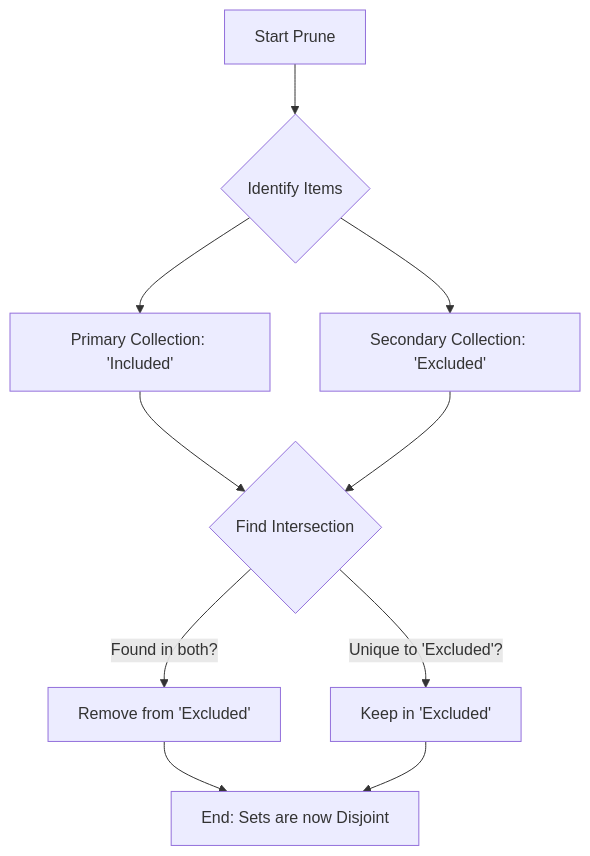
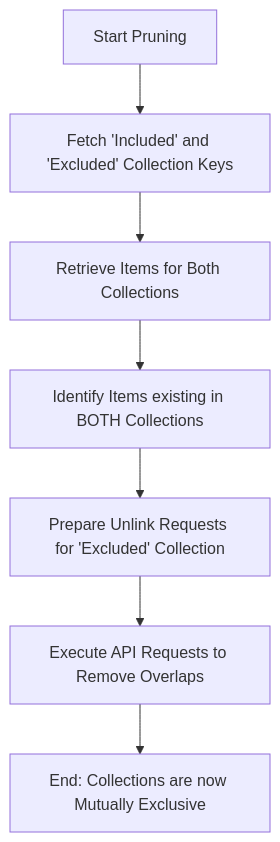
The diagram in docs/help_specs/slr_prune.md (fchicout/zotero-cli), drawn with Mermaid before and after one commit. The commit also changed other lines of this file, not shown here.

Commit message:
docs(slr): add prune command help specification (#106)

````diff
--- a/docs/help_specs/slr_prune.md
+++ b/docs/help_specs/slr_prune.md
@@ -8,12 +8,9 @@
 ```mermaid
 graph TD
-    A[Start Prune] --> B{Identify Items}
-    B --> C[Primary Collection: 'Included']
-    B --> D[Secondary Collection: 'Excluded']
-    C --> E{Find Intersection}
-    D --> E
-    E -- Found in both? --> F[Remove from 'Excluded']
-    E -- Unique to 'Excluded'? --> G[Keep in 'Excluded']
-    F --> H[End: Sets are now Disjoint]
-    G --> H
+    A[Start Pruning] --> B[Fetch 'Included' and 'Excluded' Collection Keys]
+    B --> C[Retrieve Items for Both Collections]
+    C --> D[Identify Items existing in BOTH Collections]
+    D --> E[Prepare Unlink Requests for 'Excluded' Collection]
+    E --> F[Execute API Requests to Remove Overlaps]
+    F --> G[End: Collections are now Mutually Exclusive]
 ```
````
